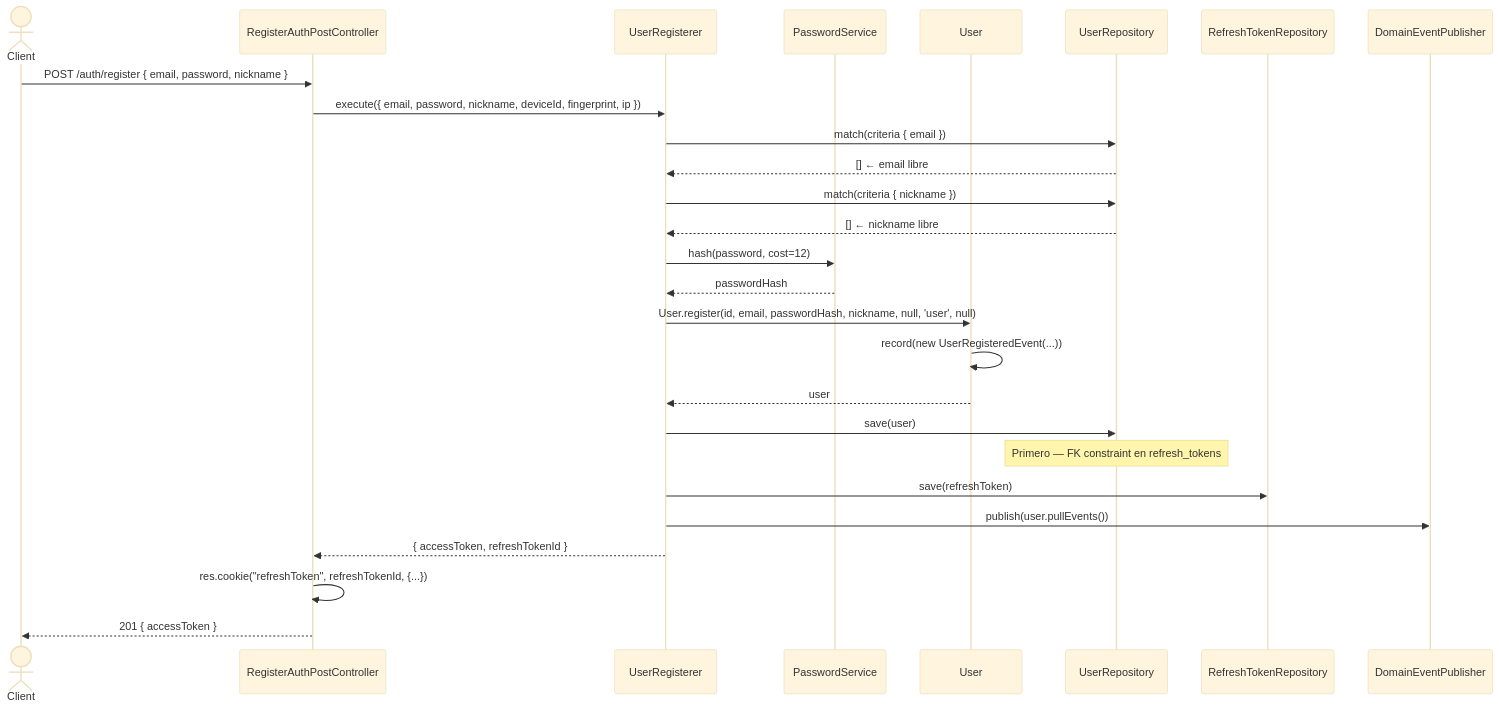
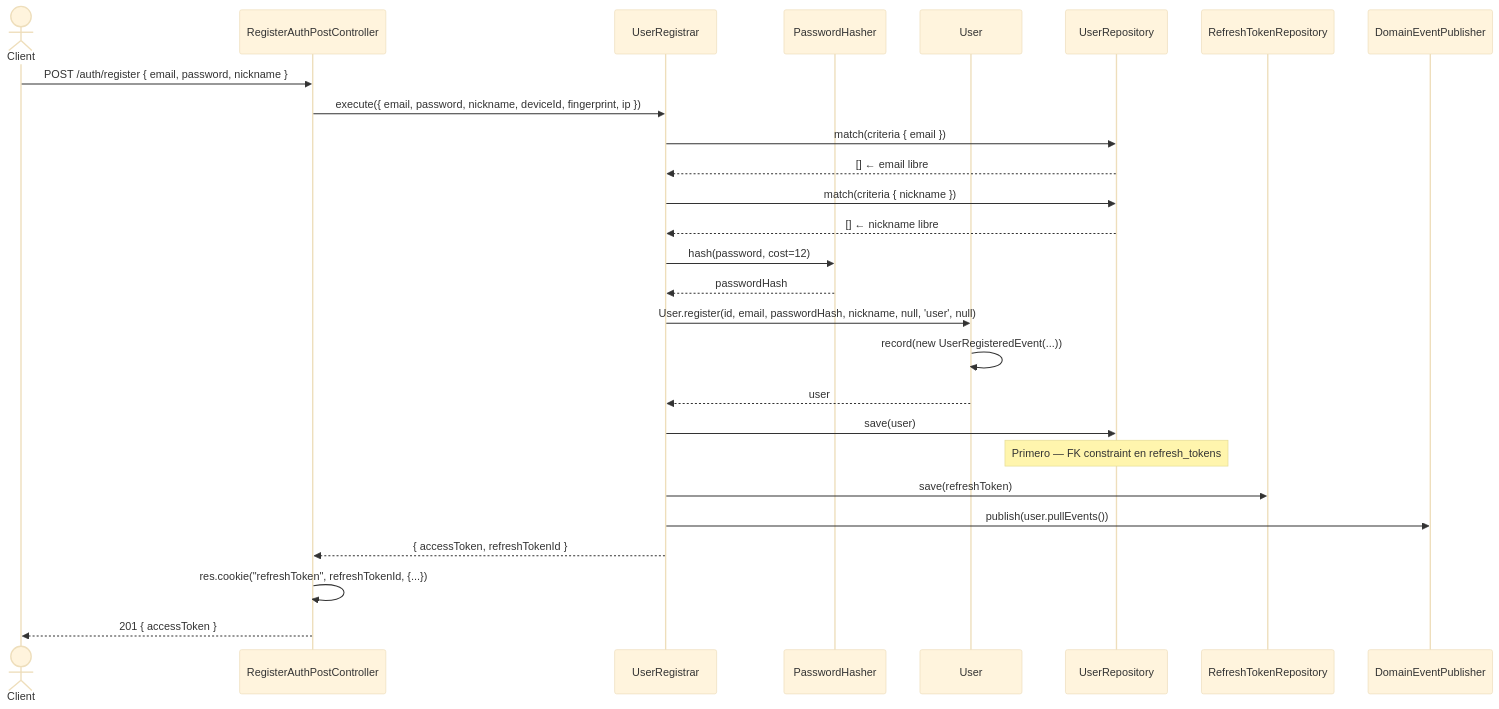
One commit to AbrahamVilchesDeLaCruz/ididntcatchthat changed the first of 2 diagrams in docs/apps/api/identity/register/sequence.md. Above: the diagram before and after it, drawn with Mermaid (base theme). The commit also changed other lines of this file and 7 other files, not shown here.

````diff
--- a/docs/apps/api/identity/register/sequence.md
+++ b/docs/apps/api/identity/register/sequence.md
@@ -7,39 +7,39 @@
 ```mermaid
 sequenceDiagram
     actor Client
     participant C as RegisterAuthPostController
-    participant UC as UserRegisterer
-    participant PS as PasswordService
+    participant UC as UserRegistrar
+    participant PH as PasswordHasher
     participant U as User
     participant UREPO as UserRepository
     participant RTREPO as RefreshTokenRepository
     participant PUB as DomainEventPublisher
 
     Client->>C: POST /auth/register { email, password, nickname }
 
     C->>UC: execute({ email, password, nickname, deviceId, fingerprint, ip })
 
     UC->>UREPO: match(criteria { email })
     UREPO-->>UC: [] ← email libre
 
     UC->>UREPO: match(criteria { nickname })
     UREPO-->>UC: [] ← nickname libre
 
-    UC->>PS: hash(password, cost=12)
-    PS-->>UC: passwordHash
+    UC->>PH: hash(password, cost=12)
+    PH-->>UC: passwordHash
 
     UC->>U: User.register(id, email, passwordHash, nickname, null, 'user', null)
     U->>U: record(new UserRegisteredEvent(...))
     U-->>UC: user
 
     UC->>UREPO: save(user)
     Note over UREPO: Primero — FK constraint en refresh_tokens
 
     UC->>RTREPO: save(refreshToken)
 
     UC->>PUB: publish(user.pullEvents())
 
     UC-->>C: { accessToken, refreshTokenId }
     C->>C: res.cookie("refreshToken", refreshTokenId, {...})
     C-->>Client: 201 { accessToken }
 ```
````
